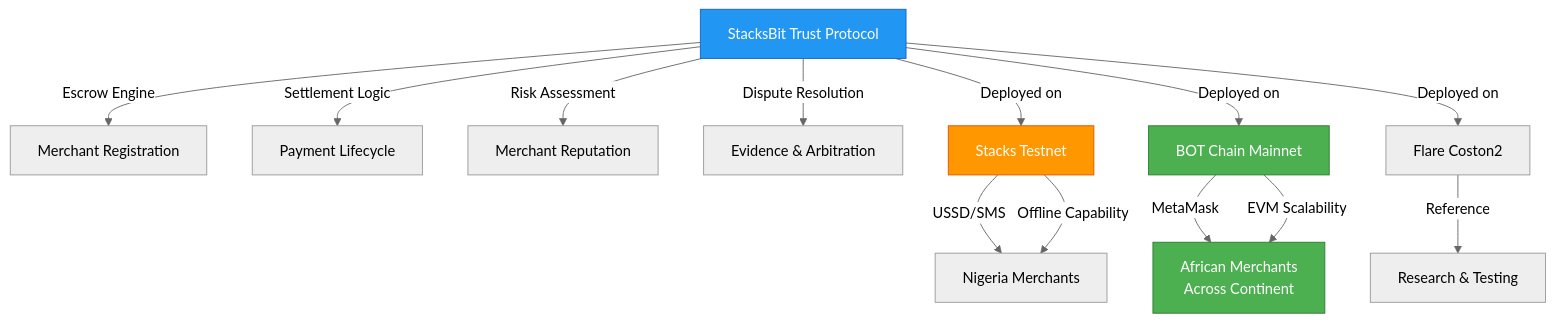
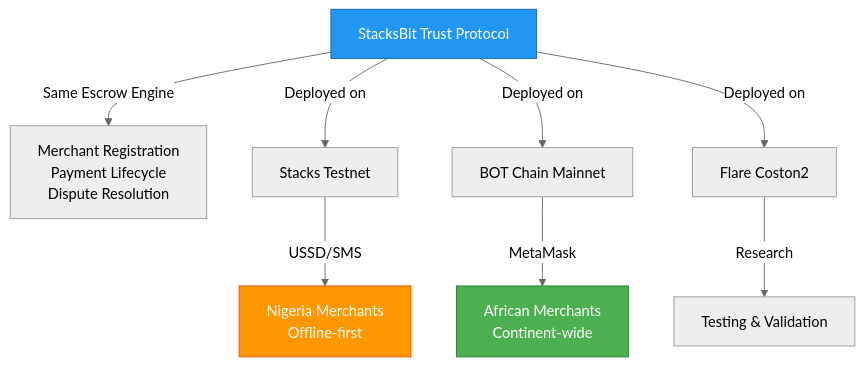
Before and after one commit to rogersterkaa/stacksBit-flare: the third of 8 diagrams in README.md, drawn with Mermaid (neutral theme). The commit also changed other lines of this file, not shown here.

Commit message:
docs: clean final README - Mermaid diagrams, no duplicates, professional GitHub rendering

````diff
--- a/README.md
+++ b/README.md
@@ -457,25 +51,17 @@
 ```mermaid
 graph TD
     A["StacksBit Trust Protocol"] 
-    A -->|"Escrow Engine"| B1["Merchant Registration"]
-    A -->|"Settlement Logic"| B2["Payment Lifecycle"]
-    A -->|"Risk Assessment"| B3["Merchant Reputation"]
-    A -->|"Dispute Resolution"| B4["Evidence & Arbitration"]
+    A -->|"Same Escrow Engine"| B["Merchant Registration<br/>Payment Lifecycle<br/>Dispute Resolution"]
     
     A -->|"Deployed on"| C["Stacks Testnet"]
     A -->|"Deployed on"| D["BOT Chain Mainnet"]
     A -->|"Deployed on"| E["Flare Coston2"]
     
-    C -->|"USSD/SMS"| F["Nigeria Merchants"]
-    C -->|"Offline Capability"| F
-    
-    D -->|"MetaMask"| G["African Merchants<br/>Across Continent"]
-    D -->|"EVM Scalability"| G
-    
-    E -->|"Reference"| H["Research & Testing"]
+    C -->|"USSD/SMS"| F["Nigeria Merchants<br/>Offline-first"]
+    D -->|"MetaMask"| G["African Merchants<br/>Continent-wide"]
+    E -->|"Research"| H["Testing & Validation"]
     
     style A fill:#2196F3,stroke:#1565C0,color:#fff
-    style C fill:#FF9800,stroke:#E65100,color:#fff
-    style D fill:#4CAF50,stroke:#2E7D32,color:#fff
+    style F fill:#FF9800,stroke:#E65100,color:#fff
     style G fill:#4CAF50,stroke:#2E7D32,color:#fff
 ```
````
